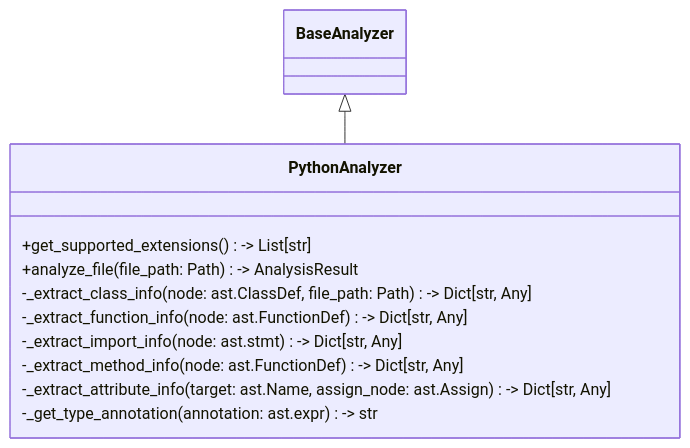
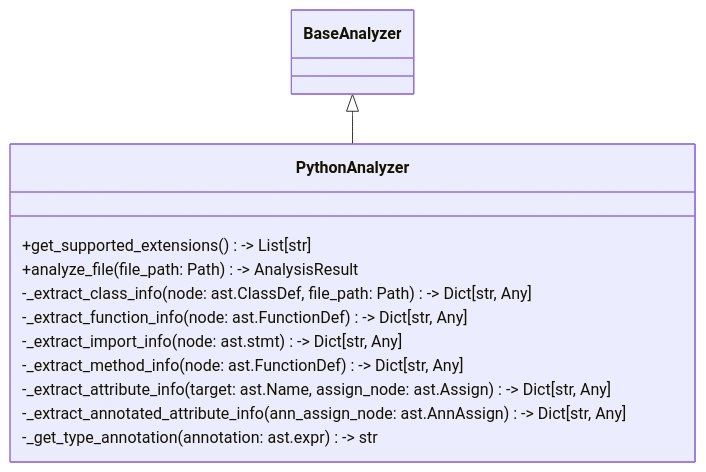
The diagram in design/autocode/core/design/analyzers/python/analyzer_items.md (Brunvelop/autocode), drawn with Mermaid before and after one commit. The commit also changed other lines of this file and 22 other files, not shown here.

````diff
--- a/design/autocode/core/design/analyzers/python/analyzer_items.md
+++ b/design/autocode/core/design/analyzers/python/analyzer_items.md
@@ -20,15 +20,16 @@
 ```mermaid
 classDiagram
     class PythonAnalyzer {
         +get_supported_extensions() -> List[str]
         +analyze_file(file_path: Path) -> AnalysisResult
         -_extract_class_info(node: ast.ClassDef, file_path: Path) -> Dict[str, Any]
         -_extract_function_info(node: ast.FunctionDef) -> Dict[str, Any]
         -_extract_import_info(node: ast.stmt) -> Dict[str, Any]
         -_extract_method_info(node: ast.FunctionDef) -> Dict[str, Any]
         -_extract_attribute_info(target: ast.Name, assign_node: ast.Assign) -> Dict[str, Any]
+        -_extract_annotated_attribute_info(ann_assign_node: ast.AnnAssign) -> Dict[str, Any]
         -_get_type_annotation(annotation: ast.expr) -> str
     }
     BaseAnalyzer <|-- PythonAnalyzer
 
 ```
````
